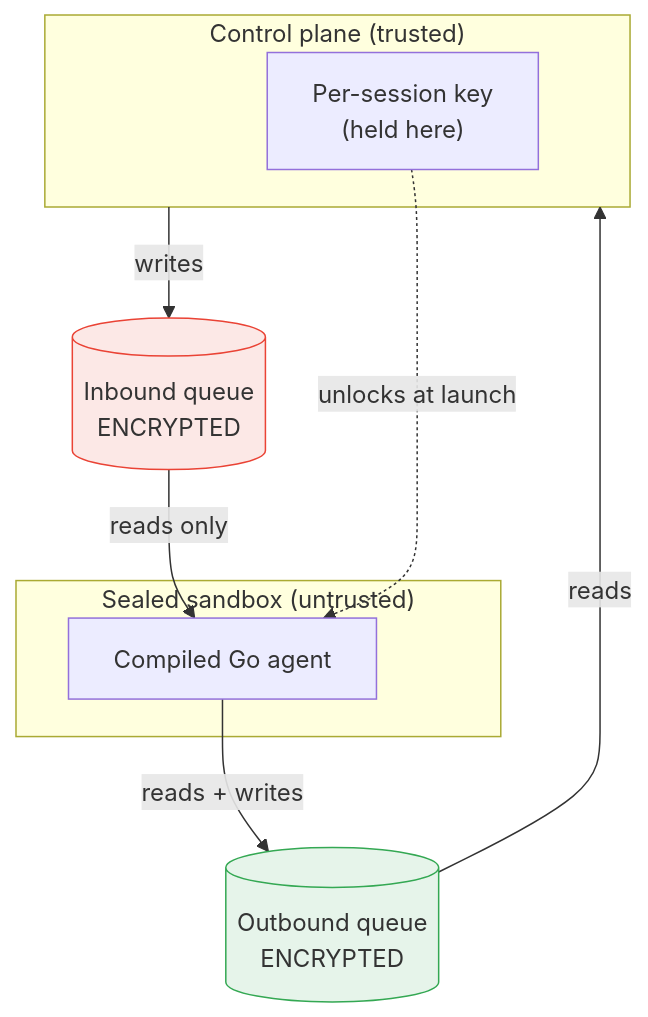
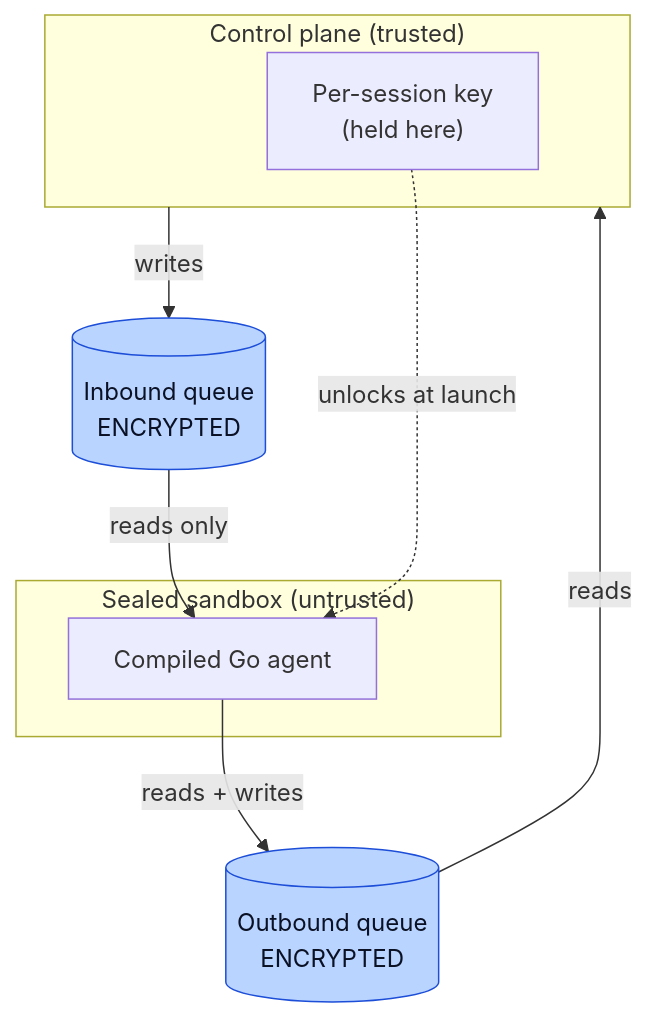
The second of 5 diagrams in docs/ironclaw-explained.md (IronSecCo/ironclaw), drawn with Mermaid before and after one commit. The commit also changed other lines of this file and 3 other files, not shown here.

First line of the commit message:
docs: brand-consistent architecture & data-flow diagrams (IRO-112)

````diff
--- a/docs/ironclaw-explained.md
+++ b/docs/ironclaw-explained.md
@@ -91,16 +91,16 @@
 ```mermaid
 flowchart TB
     subgraph HOST["Control plane (trusted)"]
         KEY["Per-session key<br/>(held here)"]
     end
     subgraph BOX["Sealed sandbox (untrusted)"]
         AGENT["Compiled Go agent"]
     end
     HOST -->|writes| INB[("Inbound queue<br/>ENCRYPTED")]
     INB -->|reads only| AGENT
     AGENT -->|reads + writes| OUTB[("Outbound queue<br/>ENCRYPTED")]
     OUTB -->|reads| HOST
     KEY -.unlocks at launch.-> AGENT
-    style INB fill:#fce8e6,stroke:#ea4335
-    style OUTB fill:#e6f4ea,stroke:#34a853
+    style INB fill:#b9d4ff,stroke:#1d4ed8,color:#0b1124
+    style OUTB fill:#b9d4ff,stroke:#1d4ed8,color:#0b1124
 ```
````
